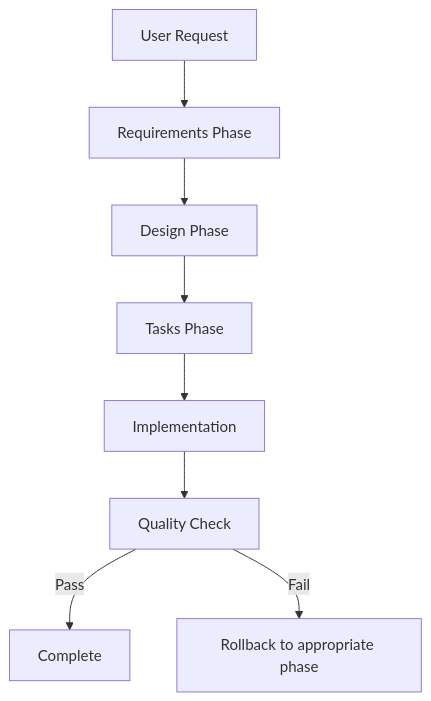
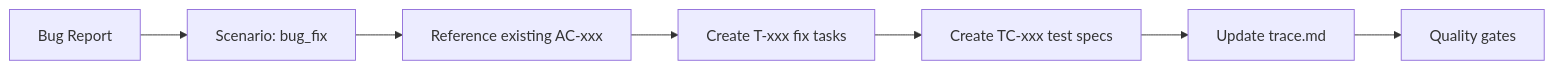
Before and after one commit to reivosar/orik: the first of 2 diagrams in README.md, drawn with Mermaid. The commit also changed other lines of this file and 2 other files, not shown here.

````diff
--- a/README.md
+++ b/README.md
@@ -59,10 +88,9 @@
 ```mermaid
-graph TD
-    A[User Request] --> B[Requirements Phase]
-    B --> C[Design Phase]
-    C --> D[Tasks Phase]
-    D --> E[Implementation]
-    E --> F[Quality Check]
-    F -->|Pass| G[Complete]
-    F -->|Fail| H[Rollback to appropriate phase]
+graph LR
+    A[Bug Report] --> B[Scenario: bug_fix]
+    B --> C[Reference existing AC-xxx]
+    C --> D[Create T-xxx fix tasks]
+    D --> E[Create TC-xxx test specs]
+    E --> F[Update trace.md]
+    F --> G[Quality gates]
 ```
````
